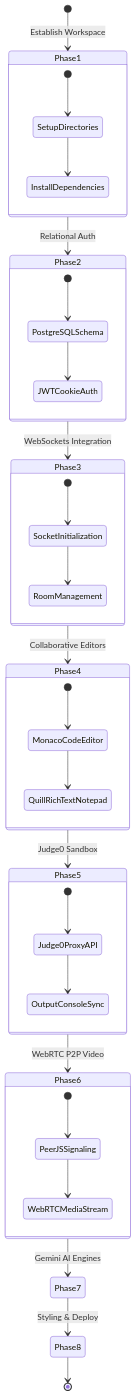
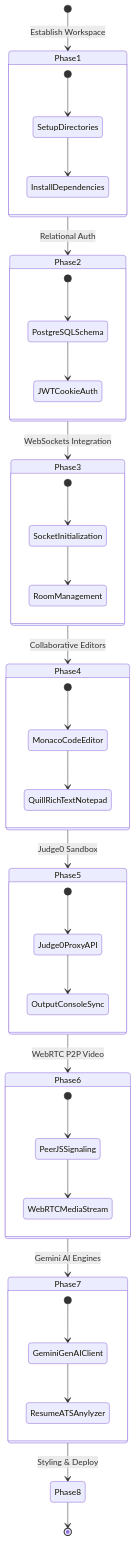
The second of 2 diagrams in README.md (Vikal-Dubey/PeerPrep), drawn with Mermaid before and after one commit. The commit also changed other lines of this file, not shown here.

````diff
--- a/README.md
+++ b/README.md
@@ -215,44 +221,49 @@
 ```mermaid
 stateDiagram-v2
     [*] --> Phase1: Establish Workspace
     Phase1 --> Phase2: Relational Auth
     Phase2 --> Phase3: WebSockets Integration
     Phase3 --> Phase4: Collaborative Editors
     Phase4 --> Phase5: Judge0 Sandbox
     Phase5 --> Phase6: WebRTC P2P Video
     Phase6 --> Phase7: Gemini AI Engines
     Phase7 --> Phase8: Styling & Deploy
     Phase8 --> [*]
 
     state Phase1 {
         [*] --> SetupDirectories
         SetupDirectories --> InstallDependencies
     }
     state Phase2 {
         [*] --> PostgreSQLSchema
         PostgreSQLSchema --> JWTCookieAuth
     }
     state Phase3 {
         [*] --> SocketInitialization
         SocketInitialization --> RoomManagement
     }
     state Phase4 {
         [*] --> MonacoCodeEditor
         MonacoCodeEditor --> QuillRichTextNotepad
     }
     state Phase5 {
         [*] --> Judge0ProxyAPI
         Judge0ProxyAPI --> OutputConsoleSync
     }
     state Phase6 {
         [*] --> PeerJSSignaling
         PeerJSSignaling --> WebRTCMediaStream
     }
+    state Phase7 {
+        [*] --> GeminiGenAIClient
+        GeminiGenAIClient --> ResumeATSAnylyzer
+    }
 
     style Phase1 fill:#10b981,color:#fff
     style Phase2 fill:#10b981,color:#fff
     style Phase3 fill:#10b981,color:#fff
     style Phase4 fill:#10b981,color:#fff
     style Phase5 fill:#10b981,color:#fff
     style Phase6 fill:#10b981,color:#fff
+    style Phase7 fill:#10b981,color:#fff
 ```
````
